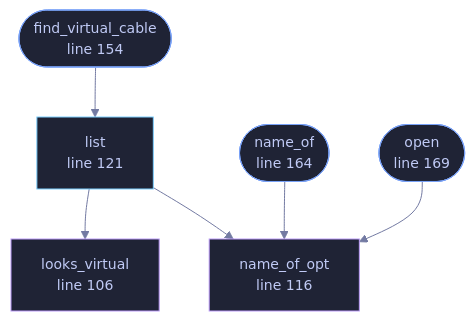
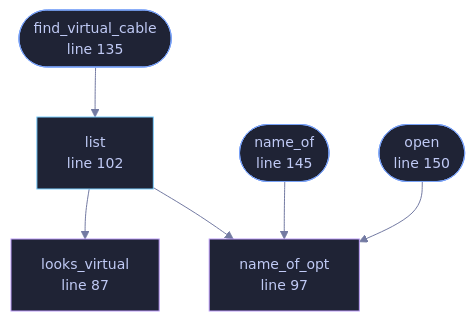
The diagram in docs/files/veilvoice-audio/devices.md (tilas01/veilvoice), drawn with Mermaid before and after one commit. The commit also changed other lines of this file and 62 other files, not shown here.

````diff
--- a/docs/files/veilvoice-audio/devices.md
+++ b/docs/files/veilvoice-audio/devices.md
@@ -118,27 +113,27 @@
 ```mermaid
 %%{init: {"theme":"base","themeVariables":{"background":"#1a1b26","primaryColor":"#1f2335","primaryTextColor":"#c0caf5","primaryBorderColor":"#7aa2f7","secondaryColor":"#16161e","tertiaryColor":"#16161e","lineColor":"#737aa2","textColor":"#c0caf5","mainBkg":"#1f2335","nodeBorder":"#7aa2f7","clusterBkg":"#16161e","clusterBorder":"#2f3549","fontFamily":"ui-monospace, SFMono-Regular, Consolas, monospace","fontSize":"14px"}}}%%
 flowchart TD
-    n_looks_virtual["looks_virtual<br/>line 106"]
-    n_name_of_opt["name_of_opt<br/>line 116"]
-    n_list["list<br/>line 121"]
-    n_find_virtual_cable(["find_virtual_cable<br/>line 154"])
-    n_name_of(["name_of<br/>line 164"])
-    n_open(["open<br/>line 169"])
+    n_looks_virtual["looks_virtual<br/>line 87"]
+    n_name_of_opt["name_of_opt<br/>line 97"]
+    n_list["list<br/>line 102"]
+    n_find_virtual_cable(["find_virtual_cable<br/>line 135"])
+    n_name_of(["name_of<br/>line 145"])
+    n_open(["open<br/>line 150"])
     n_find_virtual_cable --> n_list
     n_list --> n_looks_virtual
     n_list --> n_name_of_opt
     n_name_of --> n_name_of_opt
     n_open --> n_name_of_opt
-    click n_looks_virtual href "https://github.com/tilas01/veilvoice/blob/main/crates/veilvoice-audio/src/devices.rs#L106" "open the source"
-    click n_name_of_opt href "https://github.com/tilas01/veilvoice/blob/main/crates/veilvoice-audio/src/devices.rs#L116" "open the source"
-    click n_list href "https://github.com/tilas01/veilvoice/blob/main/crates/veilvoice-audio/src/devices.rs#L121" "open the source"
-    click n_find_virtual_cable href "https://github.com/tilas01/veilvoice/blob/main/crates/veilvoice-audio/src/devices.rs#L154" "open the source"
-    click n_name_of href "https://github.com/tilas01/veilvoice/blob/main/crates/veilvoice-audio/src/devices.rs#L164" "open the source"
-    click n_open href "https://github.com/tilas01/veilvoice/blob/main/crates/veilvoice-audio/src/devices.rs#L169" "open the source"
+    click n_looks_virtual href "https://github.com/tilas01/veilvoice/blob/main/crates/veilvoice-audio/src/devices.rs#L87" "open the source"
+    click n_name_of_opt href "https://github.com/tilas01/veilvoice/blob/main/crates/veilvoice-audio/src/devices.rs#L97" "open the source"
+    click n_list href "https://github.com/tilas01/veilvoice/blob/main/crates/veilvoice-audio/src/devices.rs#L102" "open the source"
+    click n_find_virtual_cable href "https://github.com/tilas01/veilvoice/blob/main/crates/veilvoice-audio/src/devices.rs#L135" "open the source"
+    click n_name_of href "https://github.com/tilas01/veilvoice/blob/main/crates/veilvoice-audio/src/devices.rs#L145" "open the source"
+    click n_open href "https://github.com/tilas01/veilvoice/blob/main/crates/veilvoice-audio/src/devices.rs#L150" "open the source"
     classDef entry fill:#1f2335,stroke:#7aa2f7,color:#c0caf5
     class n_find_virtual_cable,n_name_of,n_open entry
     classDef api fill:#1f2335,stroke:#7dcfff,color:#c0caf5
     class n_list api
     classDef helper fill:#1f2335,stroke:#bb9af7,color:#c0caf5
     class n_looks_virtual,n_name_of_opt helper
 ```
````
